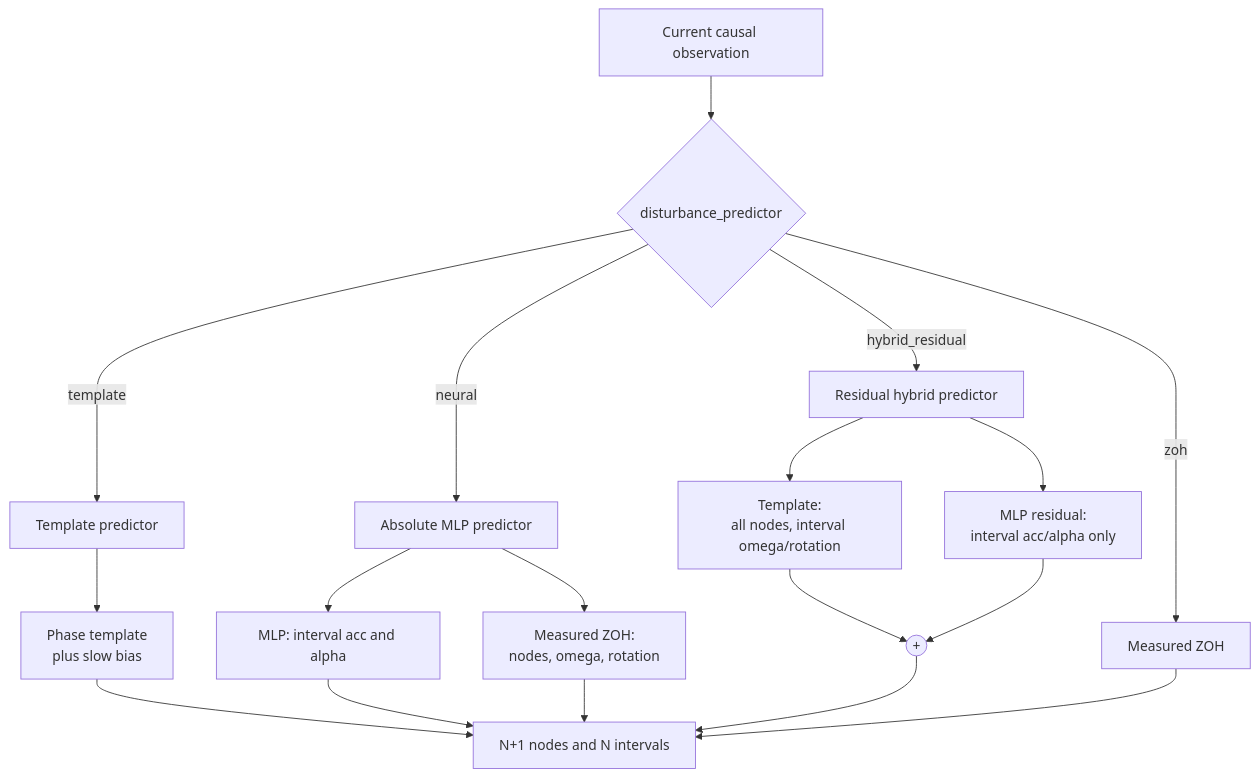
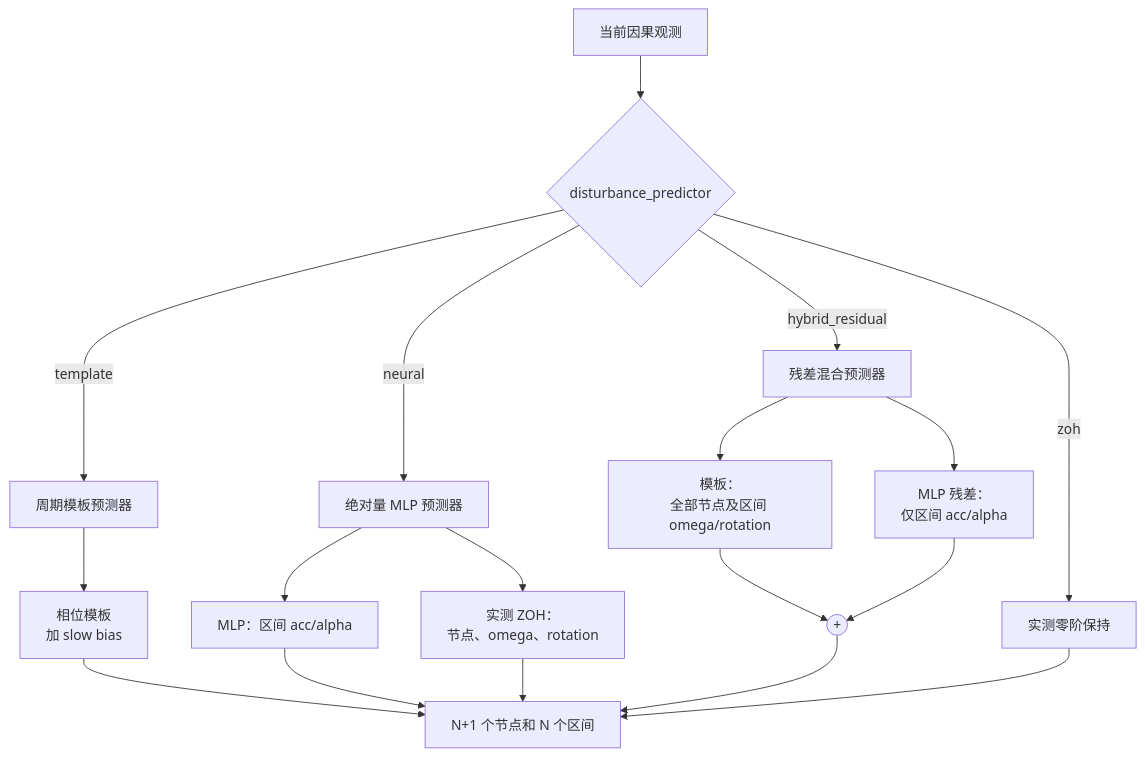
One commit to jiakefu9-hub/hold-my-beer-mpc changed the second of 6 diagrams in PRE_HARDWARE_FREEZE.md. Above: the diagram before and after it, drawn with Mermaid. The commit also changed other lines of this file and 13 other files, not shown here.

````diff
--- a/PRE_HARDWARE_FREEZE.md
+++ b/PRE_HARDWARE_FREEZE.md
@@ -76,22 +74,22 @@
 ```mermaid
 flowchart TB
-    OBS[Current causal observation] --> FACTORY{disturbance_predictor}
-    FACTORY -->|template| T[Template predictor]
-    FACTORY -->|neural| N[Absolute MLP predictor]
-    FACTORY -->|hybrid_residual| H[Residual hybrid predictor]
-    FACTORY -->|zoh| Z[Measured ZOH]
+    OBS[当前因果观测] --> FACTORY{disturbance_predictor}
+    FACTORY -->|template| T[周期模板预测器]
+    FACTORY -->|neural| N[绝对量 MLP 预测器]
+    FACTORY -->|hybrid_residual| H[残差混合预测器]
+    FACTORY -->|zoh| Z[实测零阶保持]
 
-    T --> TB[Phase template<br/>plus slow bias]
-    N --> NA[MLP: interval acc and alpha]
-    N --> NZ[Measured ZOH:<br/>nodes, omega, rotation]
-    H --> HT[Template:<br/>all nodes, interval omega/rotation]
-    H --> HR[MLP residual:<br/>interval acc/alpha only]
+    T --> TB[相位模板<br/>加 slow bias]
+    N --> NA[MLP：区间 acc/alpha]
+    N --> NZ[实测 ZOH：<br/>节点、omega、rotation]
+    H --> HT[模板：<br/>全部节点及区间 omega/rotation]
+    H --> HR[MLP 残差：<br/>仅区间 acc/alpha]
     HT --> SUM((+))
     HR --> SUM
 
-    TB --> OUT[N+1 nodes and N intervals]
+    TB --> OUT[N+1 个节点和 N 个区间]
     NA --> OUT
     NZ --> OUT
     SUM --> OUT
     Z --> OUT
 ```
````
